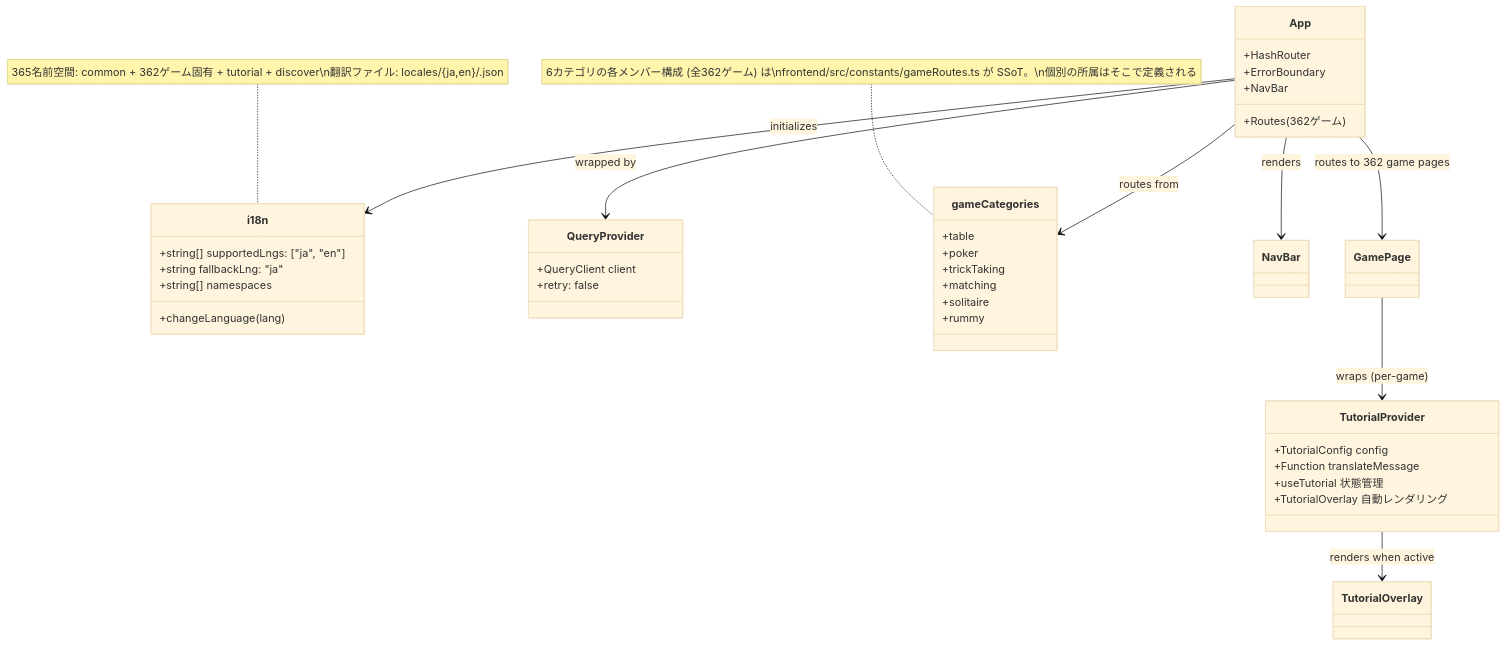
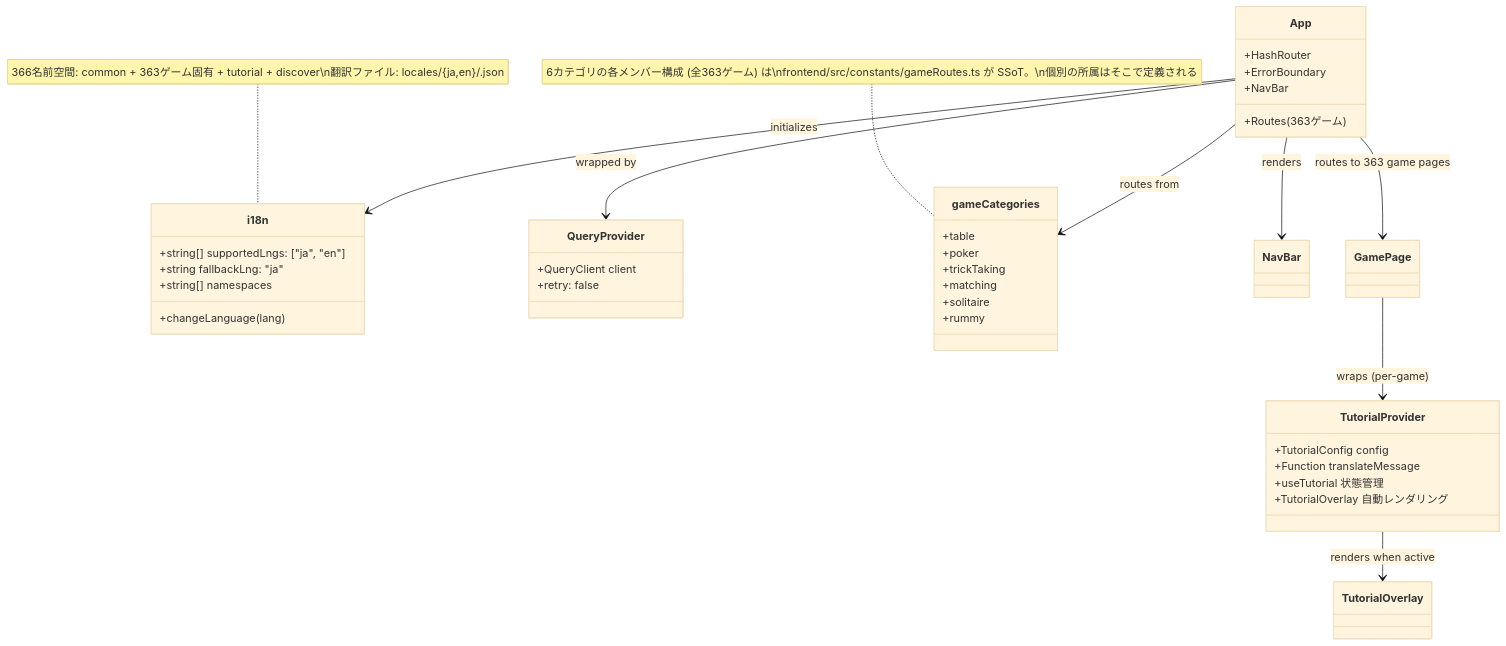
One commit to yuta-yoshinaga/go_trumpcards changed the ninth of 49 diagrams in docs/design/frontend.md. Above: the diagram before and after it, drawn with Mermaid (base theme). The commit also changed other lines of this file and 64 other files, not shown here.

````diff
--- a/docs/design/frontend.md
+++ b/docs/design/frontend.md
@@ -1874,48 +1874,48 @@
 ```mermaid
 classDiagram
     class i18n {
         +string[] supportedLngs: ["ja", "en"]
         +string fallbackLng: "ja"
         +string[] namespaces
         +changeLanguage(lang)
     }
 
     class QueryProvider {
         +QueryClient client
         +retry: false
     }
 
     class App {
         +HashRouter
         +ErrorBoundary
         +NavBar
-        +Routes (362ゲーム)
+        +Routes (363ゲーム)
     }
 
     class gameCategories {
         +table
         +poker
         +trickTaking
         +matching
         +solitaire
         +rummy
     }
-    note for gameCategories "6カテゴリの各メンバー構成 (全362ゲーム) は\nfrontend/src/constants/gameRoutes.ts が SSoT。\n個別の所属はそこで定義される"
+    note for gameCategories "6カテゴリの各メンバー構成 (全363ゲーム) は\nfrontend/src/constants/gameRoutes.ts が SSoT。\n個別の所属はそこで定義される"
 
     class TutorialProvider {
         +TutorialConfig config
         +Function translateMessage
         +useTutorial 状態管理
         +TutorialOverlay 自動レンダリング
     }
 
     App --> QueryProvider : wrapped by
     App --> i18n : initializes
     App --> gameCategories : routes from
     App --> NavBar : renders
-    App --> GamePage : routes to 362 game pages
+    App --> GamePage : routes to 363 game pages
     GamePage --> TutorialProvider : wraps (per-game)
     TutorialProvider --> TutorialOverlay : renders when active
 
-    note for i18n "365名前空間: common + 362ゲーム固有 + tutorial + discover\n翻訳ファイル: locales/{ja,en}/<game>.json"
+    note for i18n "366名前空間: common + 363ゲーム固有 + tutorial + discover\n翻訳ファイル: locales/{ja,en}/<game>.json"
 ```
````
